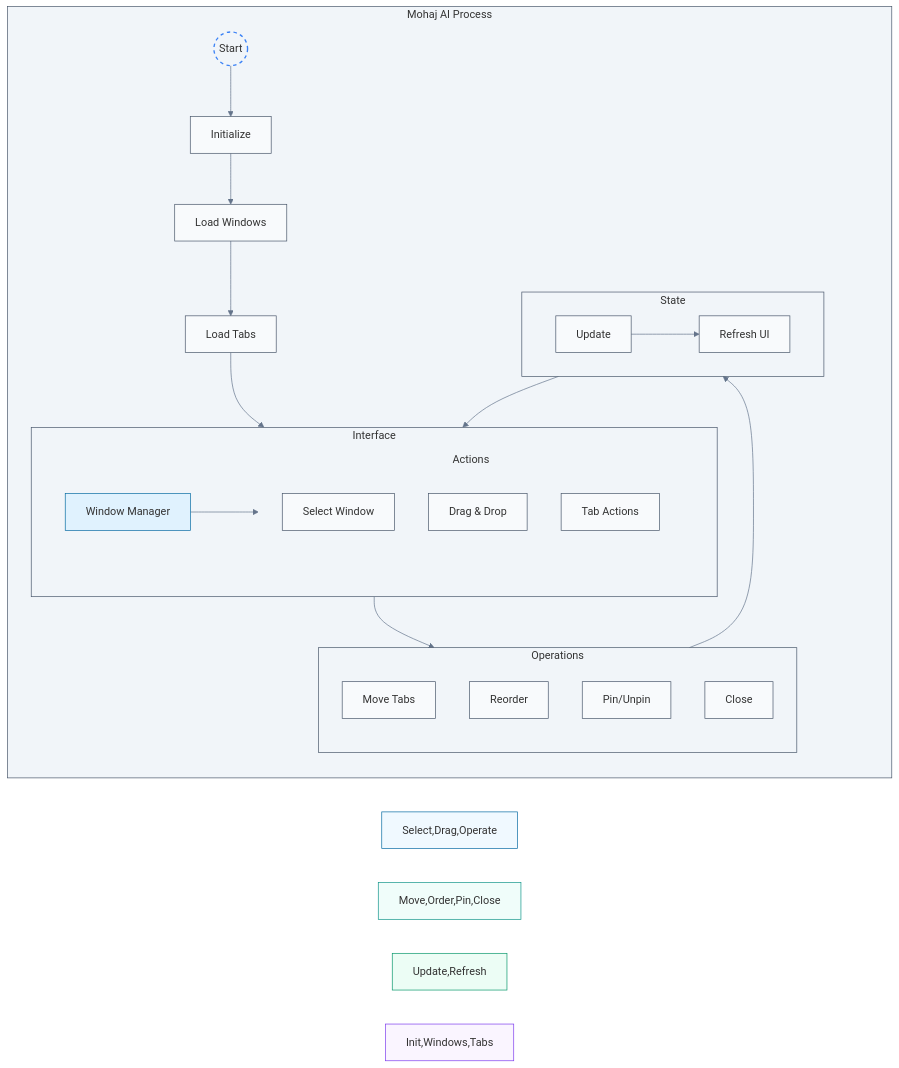
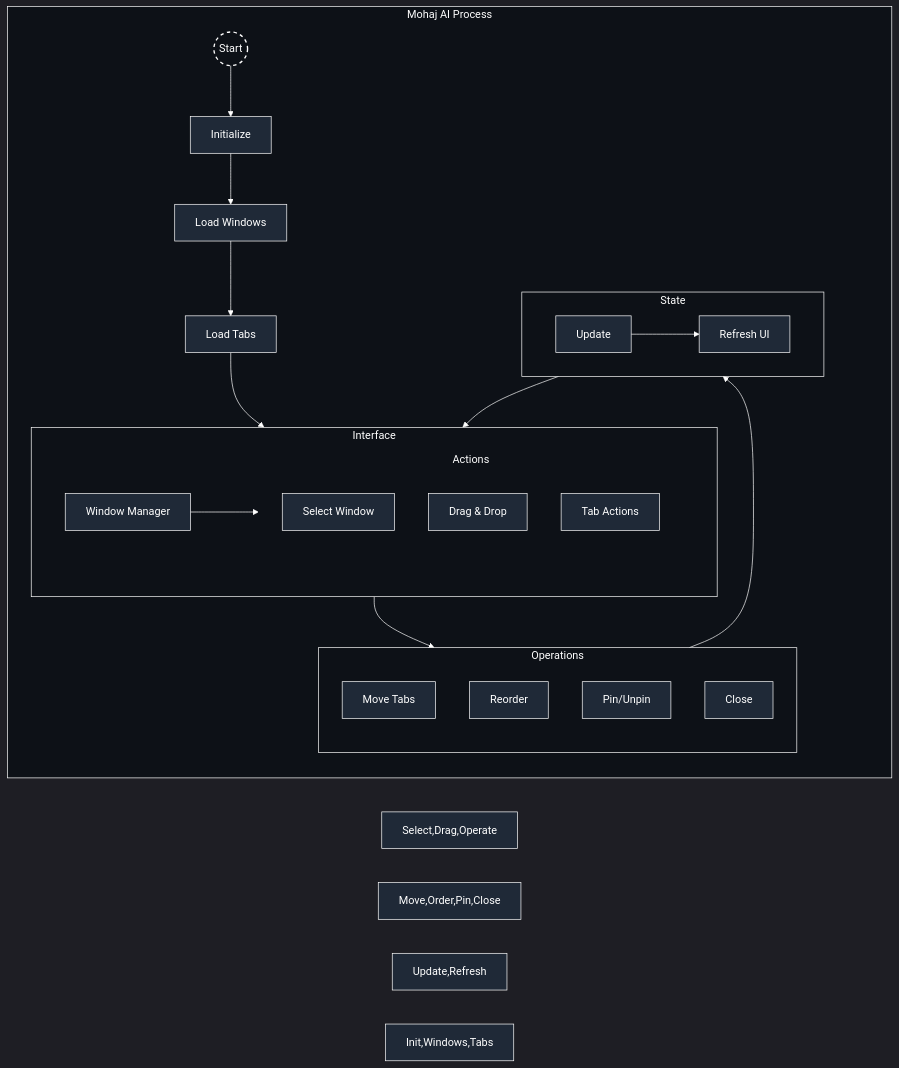
One commit to moelhaj996/AI-Powered-Tab-Manager-Organizer changed the diagram in README.md. Above: the diagram before and after it, drawn with Mermaid.

````diff
--- a/README.md
+++ b/README.md
@@ -5,65 +5,77 @@
 ```mermaid
+%%{init: { 
+    'theme': 'dark',
+    'themeVariables': {
+        'background': '#0D1117',
+        'primaryColor': '#ffffff',
+        'primaryTextColor': '#ffffff',
+        'primaryBorderColor': '#ffffff',
+        'lineColor': '#ffffff',
+        'secondaryColor': '#1f2937',
+        'tertiaryColor': '#374151'
+    }
+}}%%
 flowchart LR
     %% Main Process Container
     subgraph Process[" Mohaj AI Process "]
         direction TB
         
         %% Core Flow
         Start((Start)) --> Init["Initialize"]
         Init --> Windows["Load Windows"]
         Windows --> Tabs["Load Tabs"]
         
         %% Interface Layer
         subgraph UI[" Interface "]
             direction LR
             Manager["Window Manager"] --> Actions
             subgraph Actions
                 direction TB
                 Select["Select Window"] 
                 Drag["Drag & Drop"]
                 Operate["Tab Actions"]
             end
         end
         
         %% Operations Layer
         subgraph Ops[" Operations "]
             direction TB
             Move["Move Tabs"]
             Order["Reorder"]
             Pin["Pin/Unpin"]
             Close["Close"]
         end
         
         %% State Layer
         subgraph State[" State "]
             direction LR
             Update["Update"] --> Refresh["Refresh UI"]
         end
         
         %% Connections
         Tabs --> Manager
         Actions --> Ops
         Ops --> Update
         Refresh --> Manager
     end
     
     %% Styling
-    classDef default fill:#f8fafc,stroke:#475569,stroke-width:1px
-    classDef container fill:#f1f5f9,stroke:#475569,stroke-width:1px
-    classDef start fill:#f1f5f9,stroke:#3b82f6,stroke-width:2px,stroke-dasharray: 5 5
+    classDef default fill:#1f2937,stroke:#ffffff,stroke-width:1px,color:#ffffff
+    classDef container fill:#0D1117,stroke:#ffffff,stroke-width:1px,color:#ffffff
+    classDef start fill:none,stroke:#ffffff,stroke-width:2px,stroke-dasharray:5 5,color:#ffffff
     
     %% Apply styles
     class Start start
     class Process,UI,Ops,State container
     
-    %% Node styles - Enhanced colors for better visibility
-    style Manager fill:#e0f2fe,stroke:#0369a1,stroke-width:1px
-    style Actions fill:none,stroke:none
-    style Select,Drag,Operate fill:#f0f9ff,stroke:#0369a1,stroke-width:1px
-    style Move,Order,Pin,Close fill:#f0fdfa,stroke:#0d9488,stroke-width:1px
-    style Update,Refresh fill:#ecfdf5,stroke:#059669,stroke-width:1px
-    style Init,Windows,Tabs fill:#faf5ff,stroke:#7c3aed,stroke-width:1px
+    %% Node styles - Dark theme with high contrast
+    style Manager fill:#1f2937,stroke:#ffffff,stroke-width:1px,color:#ffffff
+    style Actions fill:none,stroke:none,color:#ffffff
+    style Select,Drag,Operate fill:#1f2937,stroke:#ffffff,stroke-width:1px,color:#ffffff
+    style Move,Order,Pin,Close fill:#1f2937,stroke:#ffffff,stroke-width:1px,color:#ffffff
+    style Update,Refresh fill:#1f2937,stroke:#ffffff,stroke-width:1px,color:#ffffff
+    style Init,Windows,Tabs fill:#1f2937,stroke:#ffffff,stroke-width:1px,color:#ffffff
 
     %% Link styles
-    linkStyle default stroke:#64748b,stroke-width:1px
+    linkStyle default stroke:#ffffff,stroke-width:1px
 ```
````
